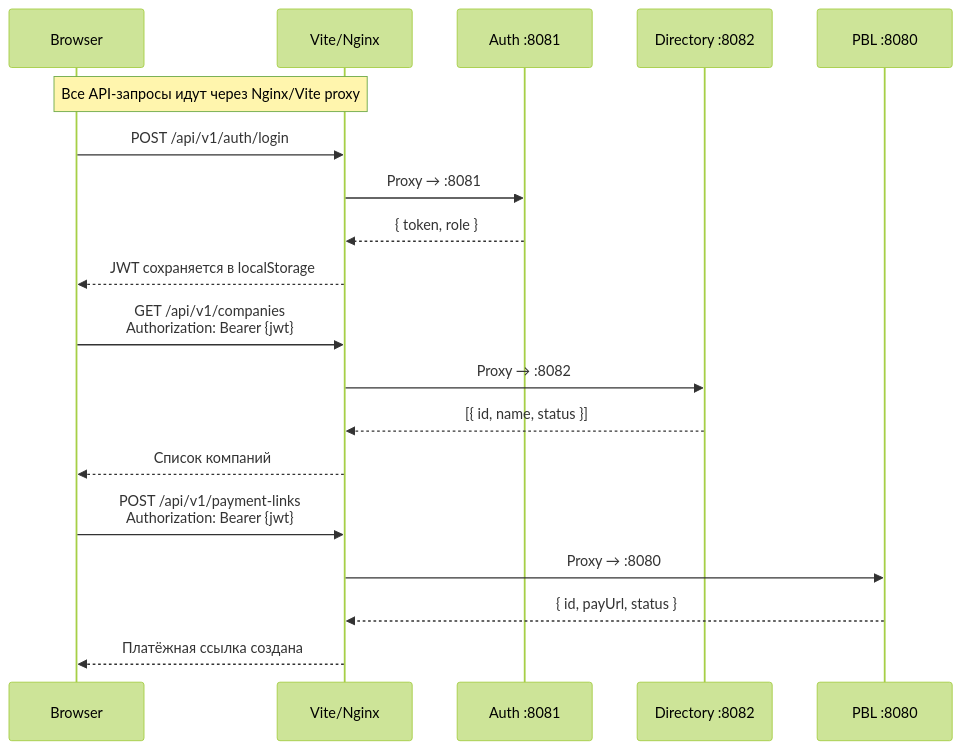
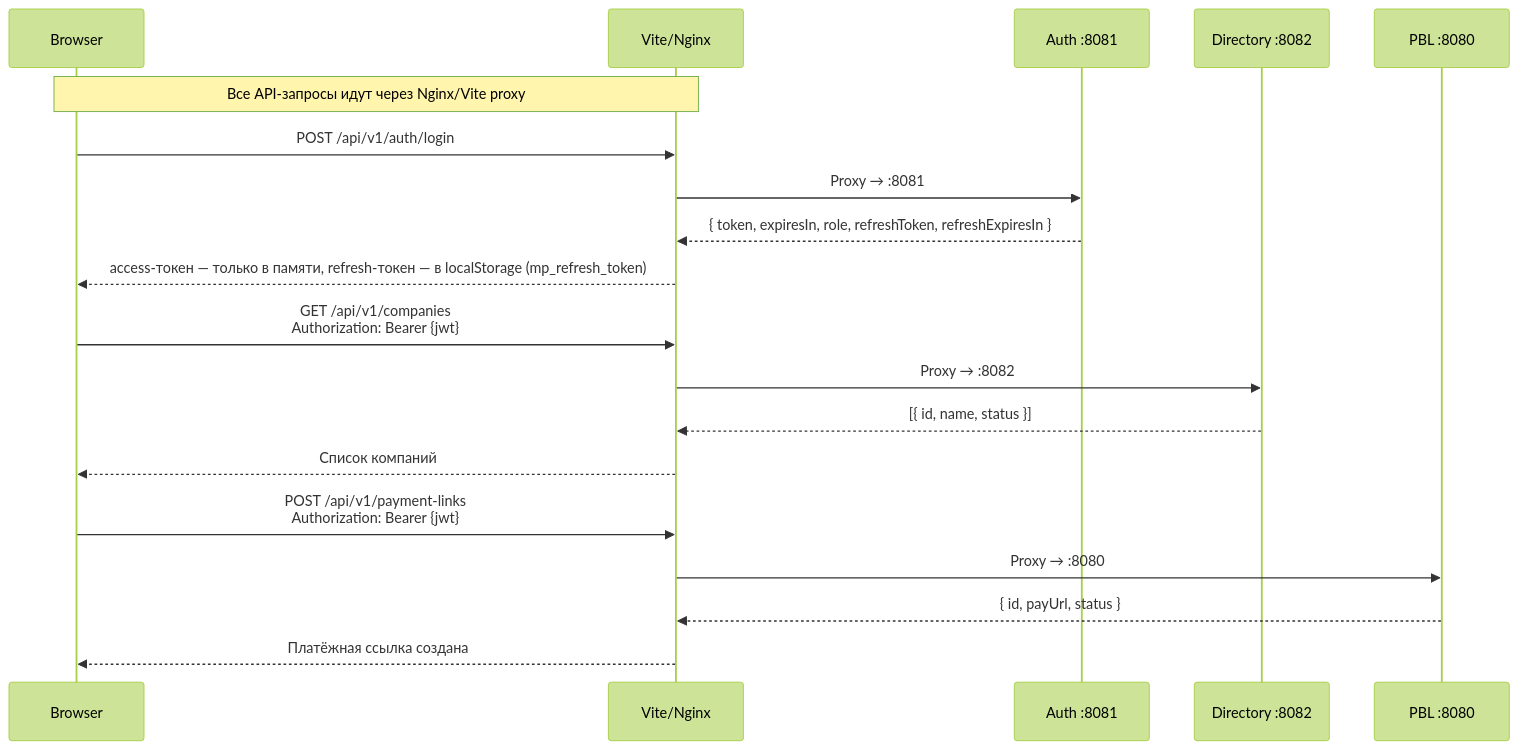
The eighth of 12 diagrams in application_description.md (Gaena/merchant-portal-mk), drawn with Mermaid (forest theme) before and after one commit. The commit also changed other lines of this file and 502 other files, not shown here.

````diff
--- a/application_description.md
+++ b/application_description.md
@@ -636,25 +1323,25 @@
 ```mermaid
 sequenceDiagram
     participant B as Browser
     participant V as Vite/Nginx
     participant AU as Auth :8081
     participant DI as Directory :8082
     participant PB as PBL :8080
 
     Note over B,V: Все API-запросы идут через Nginx/Vite proxy
 
     B->>V: POST /api/v1/auth/login
     V->>AU: Proxy → :8081
-    AU-->>V: { token, role }
-    V-->>B: JWT сохраняется в localStorage
+    AU-->>V: { token, expiresIn, role, refreshToken, refreshExpiresIn }
+    V-->>B: access-токен — только в памяти, refresh-токен — в localStorage (mp_refresh_token)
 
     B->>V: GET /api/v1/companies<br/>Authorization: Bearer {jwt}
     V->>DI: Proxy → :8082
     DI-->>V: [{ id, name, status }]
     V-->>B: Список компаний
 
     B->>V: POST /api/v1/payment-links<br/>Authorization: Bearer {jwt}
     V->>PB: Proxy → :8080
     PB-->>V: { id, payUrl, status }
     V-->>B: Платёжная ссылка создана
 ```
````
